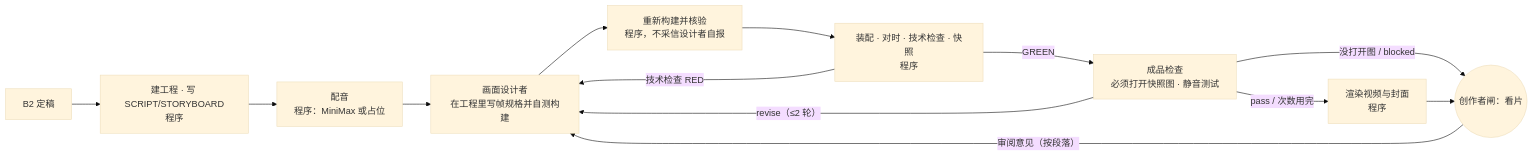
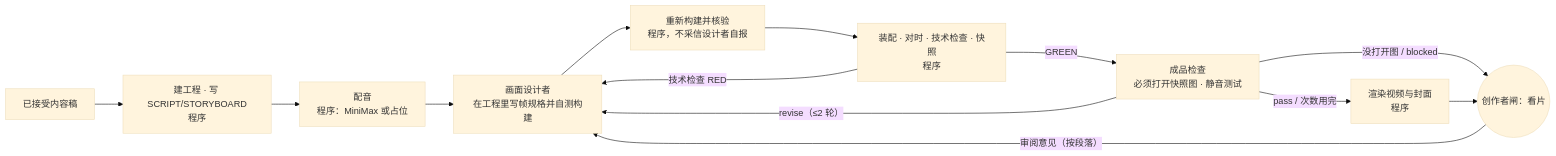
One commit to cyl19970726/creator-lab changed the diagram in workbenches/creation/docs/04-workflows/b3.md. Above: the diagram before and after it, drawn with Mermaid (base theme). The commit also changed other lines of this file and 30 other files, not shown here.

````diff
--- a/workbenches/creation/docs/04-workflows/b3.md
+++ b/workbenches/creation/docs/04-workflows/b3.md
@@ -13,14 +13,14 @@
 ```mermaid
 flowchart LR
-  S[B2 定稿] --> P[建工程 · 写 SCRIPT/STORYBOARD<br/>程序]
+  S[已接受内容稿] --> P[建工程 · 写 SCRIPT/STORYBOARD<br/>程序]
   P --> V[配音<br/>程序：MiniMax 或占位]
   V --> D[画面设计者<br/>在工程里写帧规格并自测构建]
   D --> B[重新构建并核验<br/>程序，不采信设计者自报]
   B --> A[装配 · 对时 · 技术检查 · 快照<br/>程序]
   A -- 技术检查 RED --> D
   A -- GREEN --> I[成品检查<br/>必须打开快照图 · 静音测试]
   I -- revise（≤2 轮）--> D
   I -- 没打开图 / blocked --> H
   I -- pass / 次数用完 --> R[渲染视频与封面<br/>程序] --> H((创作者闸：看片))
   H -- 审阅意见（按段落）--> D
 ```
````
